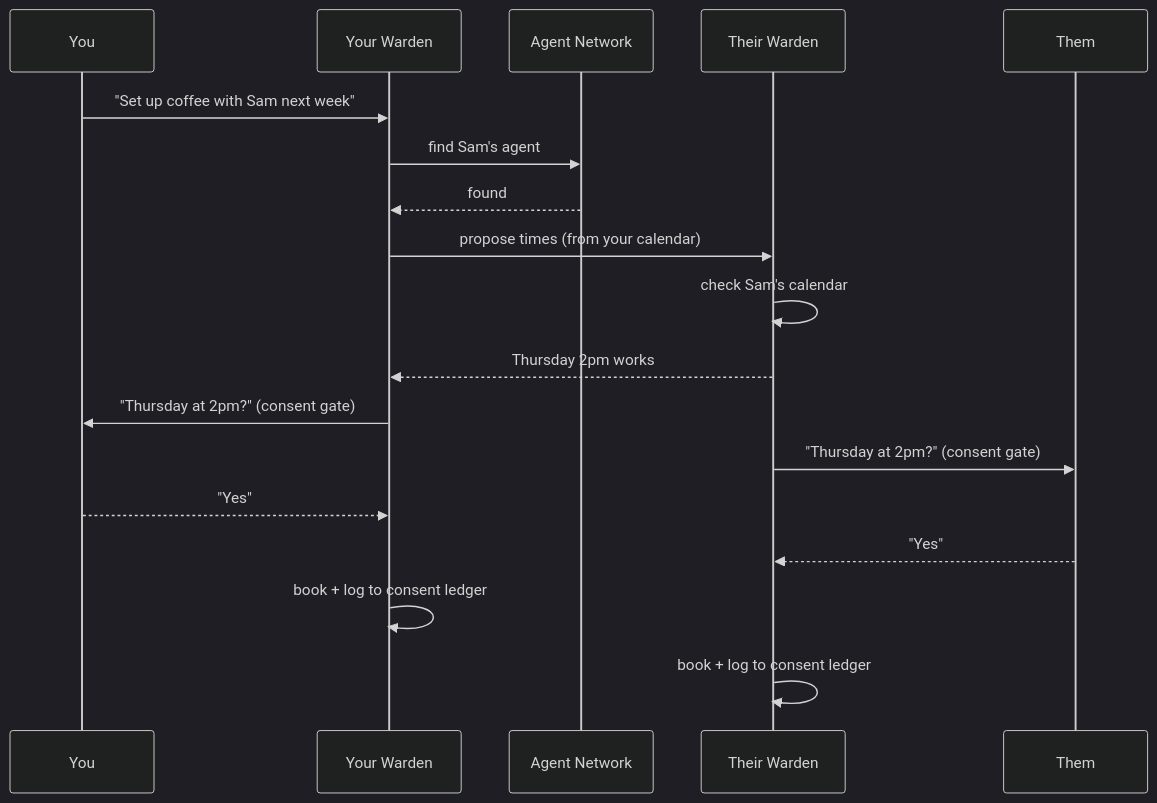
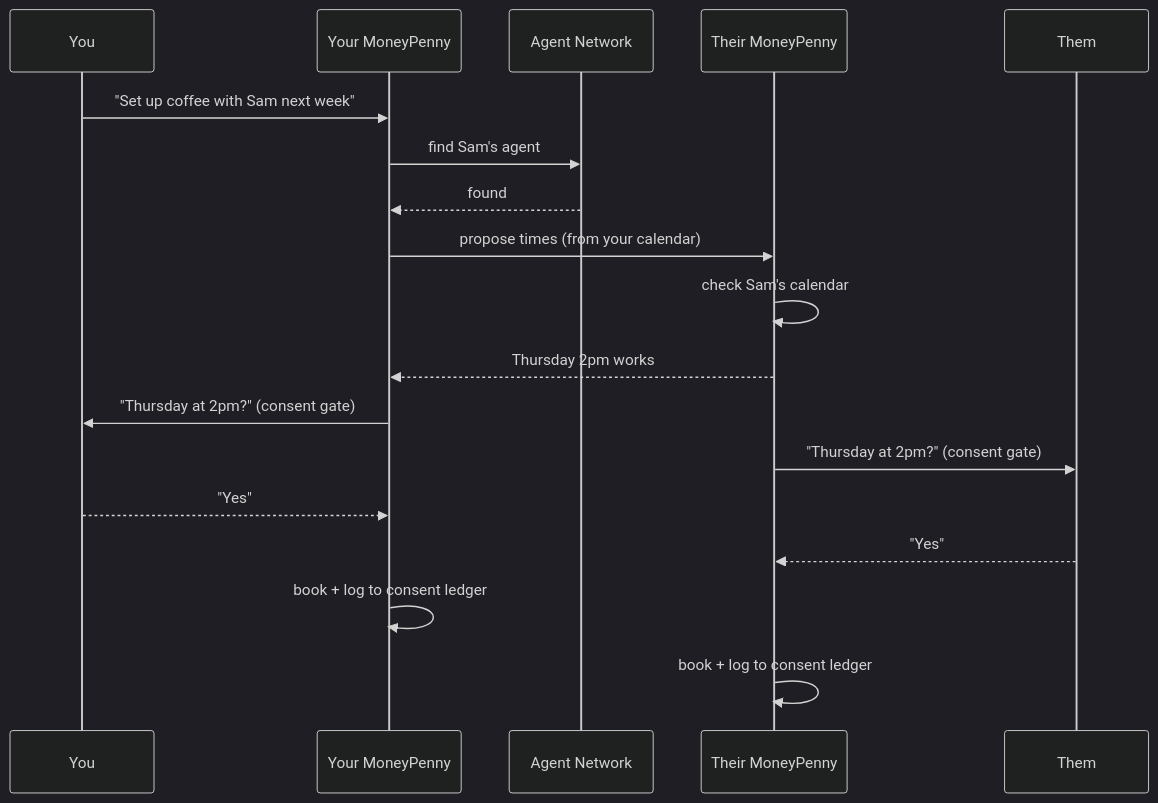
One commit to DuongAnh1201/sss changed the diagram in README.md. Above: the diagram before and after it, drawn with Mermaid (dark theme). The commit also changed other lines of this file, not shown here.

````diff
--- a/README.md
+++ b/README.md
@@ -156,21 +156,21 @@
 ```mermaid
 sequenceDiagram
     participant You
-    participant YourWarden as Your Warden
+    participant YourMP as Your MoneyPenny
     participant Network as Agent Network
-    participant TheirWarden as Their Warden
+    participant TheirMP as Their MoneyPenny
     participant Them
 
-    You->>YourWarden: "Set up coffee with Sam next week"
-    YourWarden->>Network: find Sam's agent
-    Network-->>YourWarden: found
-    YourWarden->>TheirWarden: propose times (from your calendar)
-    TheirWarden->>TheirWarden: check Sam's calendar
-    TheirWarden-->>YourWarden: Thursday 2pm works
-    YourWarden->>You: "Thursday at 2pm?" (consent gate)
-    TheirWarden->>Them: "Thursday at 2pm?" (consent gate)
-    You-->>YourWarden: "Yes"
-    Them-->>TheirWarden: "Yes"
-    YourWarden->>YourWarden: book + log to consent ledger
-    TheirWarden->>TheirWarden: book + log to consent ledger
+    You->>YourMP: "Set up coffee with Sam next week"
+    YourMP->>Network: find Sam's agent
+    Network-->>YourMP: found
+    YourMP->>TheirMP: propose times (from your calendar)
+    TheirMP->>TheirMP: check Sam's calendar
+    TheirMP-->>YourMP: Thursday 2pm works
+    YourMP->>You: "Thursday at 2pm?" (consent gate)
+    TheirMP->>Them: "Thursday at 2pm?" (consent gate)
+    You-->>YourMP: "Yes"
+    Them-->>TheirMP: "Yes"
+    YourMP->>YourMP: book + log to consent ledger
+    TheirMP->>TheirMP: book + log to consent ledger
 ```
````
